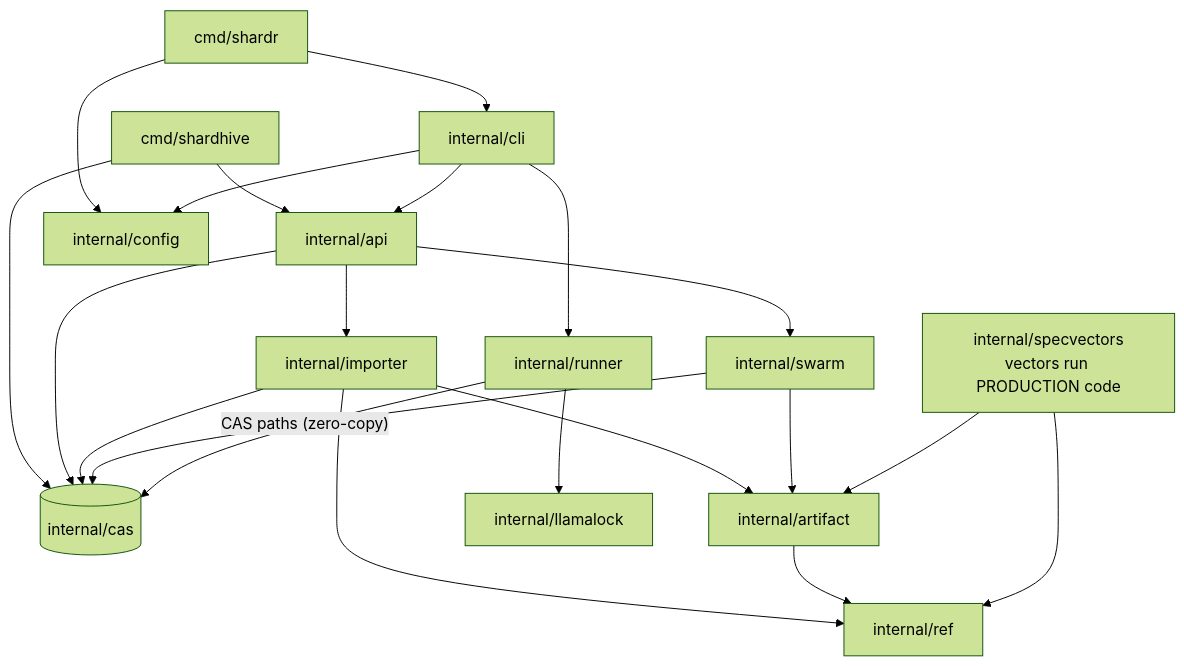
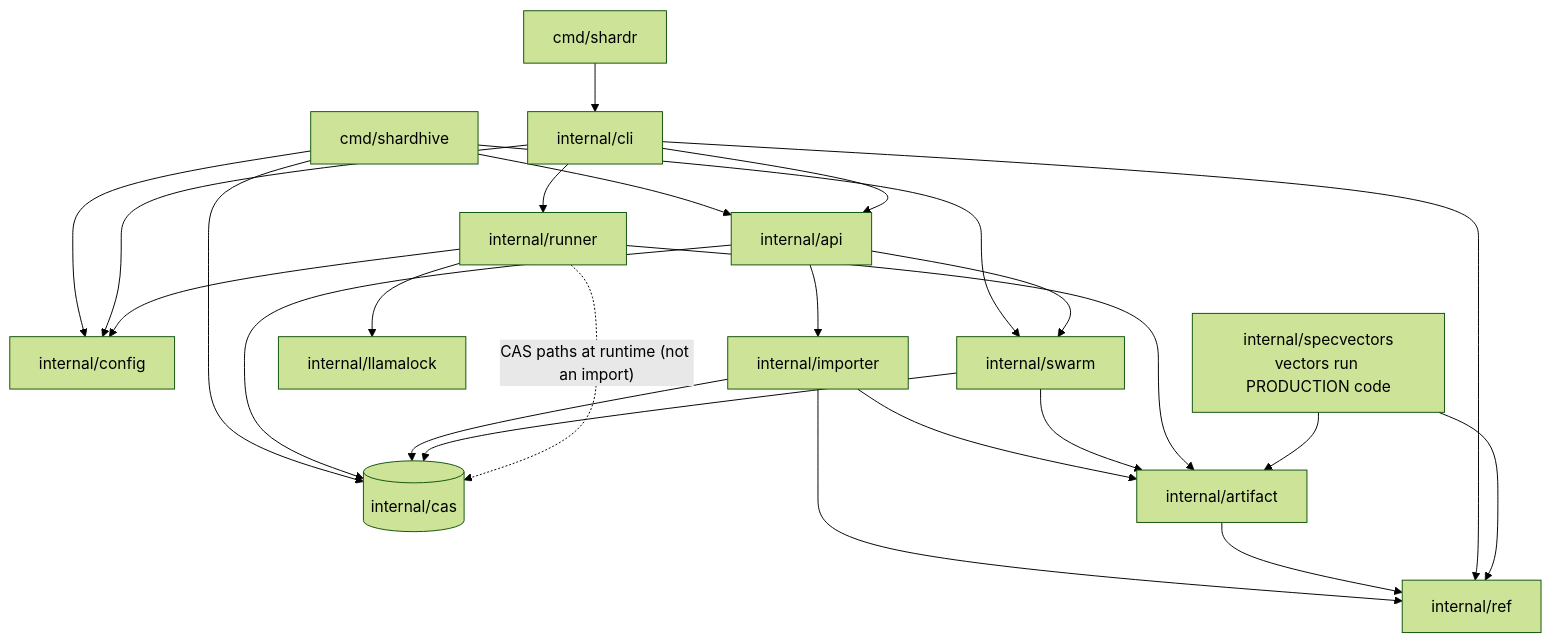
Before and after one commit to Cyb3rDudu/shardr: the diagram in docs/dev/layout.md, drawn with Mermaid (forest theme). The commit also changed 5 other files, not shown here.

````diff
--- a/docs/dev/layout.md
+++ b/docs/dev/layout.md
@@ -58,25 +58,29 @@
 ```mermaid
 flowchart TD
     HIVE[cmd/shardhive] --> API[internal/api]
     HIVE --> CAS[(internal/cas)]
+    HIVE --> CFG[internal/config]
+    HIVE --> SW[internal/swarm]
     API --> IMP[internal/importer]
-    API --> SW[internal/swarm]
+    API --> SW
     IMP --> ART[internal/artifact]
     SW --> ART
     IMP --> REF[internal/ref]
     ART --> REF
     API --> CAS
     IMP --> CAS
     SW --> CAS
 
     R[cmd/shardr] --> CLI[internal/cli]
     CLI --> API
     CLI --> RUN[internal/runner]
-    R --> CFG[internal/config]
     CLI --> CFG
+    CLI --> REF
+    RUN --> CFG
+    RUN --> ART
     RUN --> LOCK[internal/llamalock]
-    RUN -- "CAS paths (zero-copy)" --> CAS
+    RUN -. "CAS paths at runtime (not an import)" .-> CAS
 
     VEC[internal/specvectors<br/>vectors run PRODUCTION code] --> REF
     VEC --> ART
 ```
````
